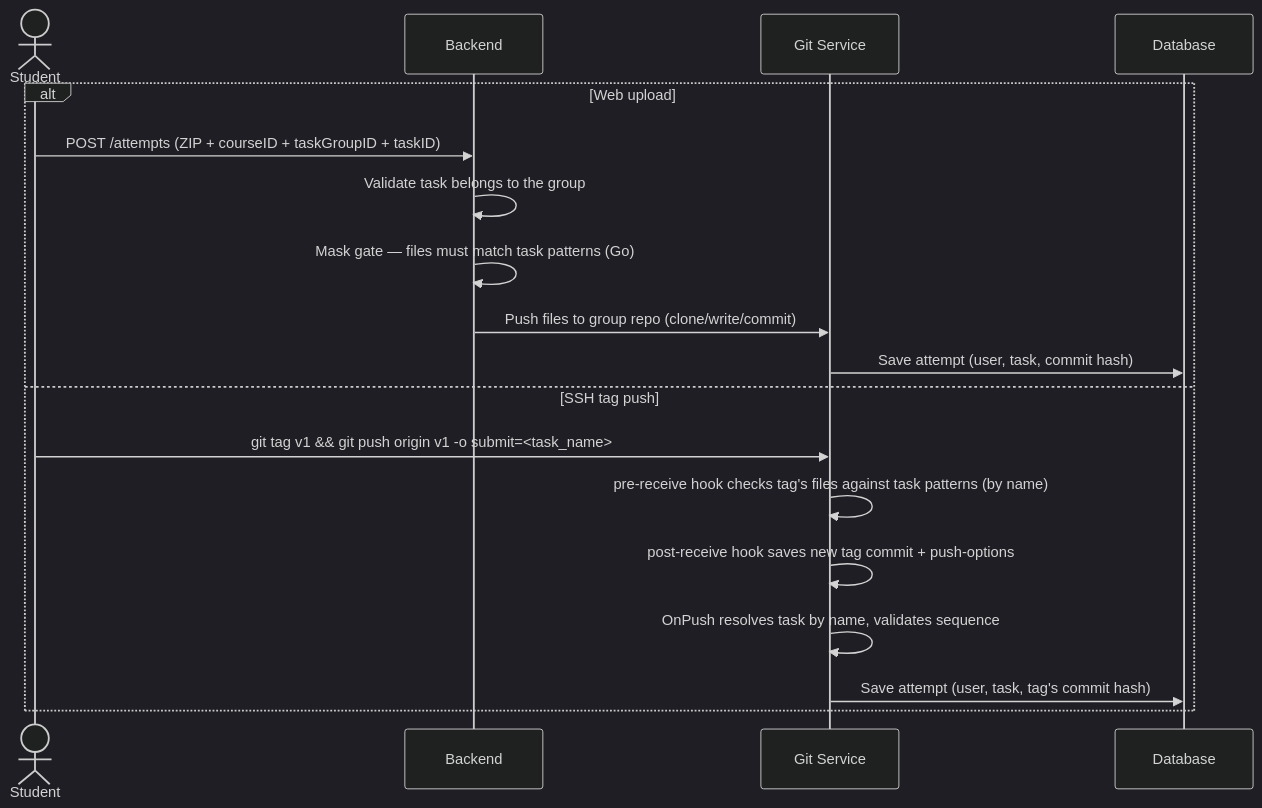
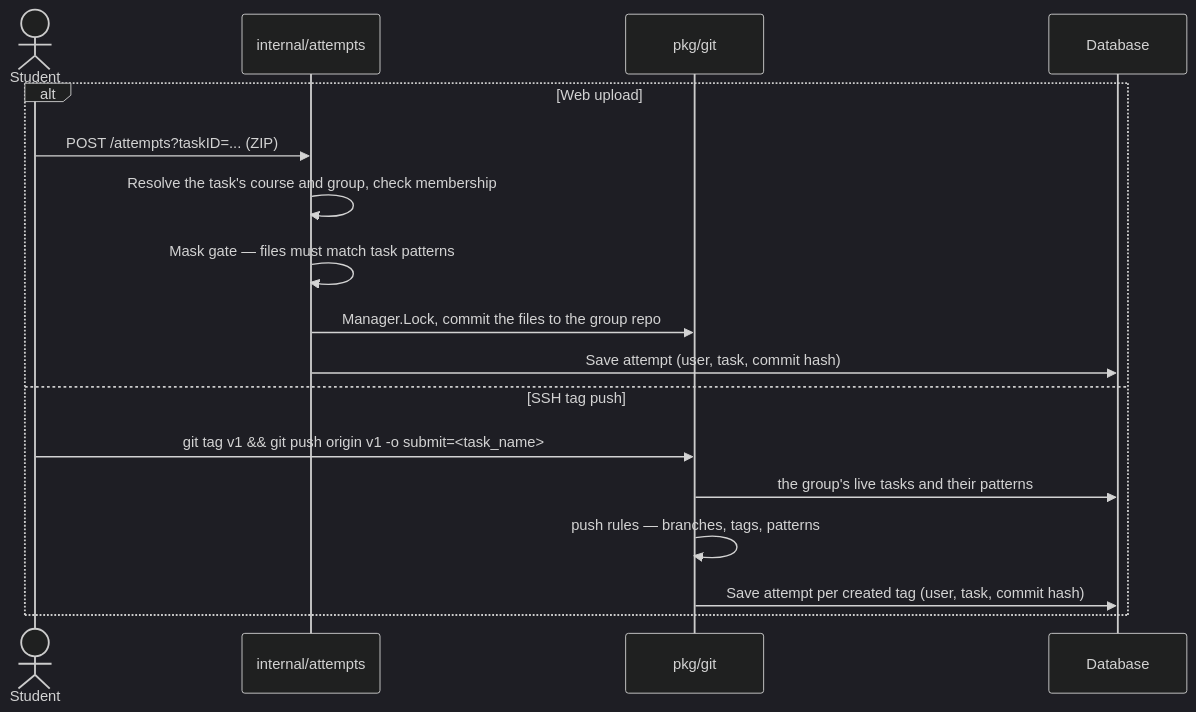
The diagram in internal/attempts/README.md (dsc-sgu/mm-backend), drawn with Mermaid (dark theme) before and after one commit. The commit also changed other lines of this file and 21 other files, not shown here.

````diff
--- a/internal/attempts/README.md
+++ b/internal/attempts/README.md
@@ -29,21 +29,20 @@
 ```mermaid
 sequenceDiagram
     actor Student
-    participant Backend
-    participant Git as Git Service
+    participant Backend as internal/attempts
+    participant Git as pkg/git
     participant DB as Database
 
     alt Web upload
-        Student->>Backend: POST /attempts (ZIP + courseID + taskGroupID + taskID)
-        Backend->>Backend: Validate task belongs to the group
-        Backend->>Backend: Mask gate — files must match task patterns (Go)
-        Backend->>Git: Push files to group repo (clone/write/commit)
-        Git->>DB: Save attempt (user, task, commit hash)
+        Student->>Backend: POST /attempts?taskID=... (ZIP)
+        Backend->>Backend: Resolve the task's course and group, check membership
+        Backend->>Backend: Mask gate — files must match task patterns
+        Backend->>Git: Manager.Lock, commit the files to the group repo
+        Backend->>DB: Save attempt (user, task, commit hash)
     else SSH tag push
         Student->>Git: git tag v1 && git push origin v1 -o submit=<task_name>
-        Git->>Git: pre-receive hook checks tag's files against task patterns (by name)
-        Git->>Git: post-receive hook saves new tag commit + push-options
-        Git->>Git: OnPush resolves task by name, validates sequence
-        Git->>DB: Save attempt (user, task, tag's commit hash)
+        Git->>DB: the group's live tasks and their patterns
+        Git->>Git: push rules — branches, tags, patterns
+        Git->>DB: Save attempt per created tag (user, task, commit hash)
     end
 ```
````
